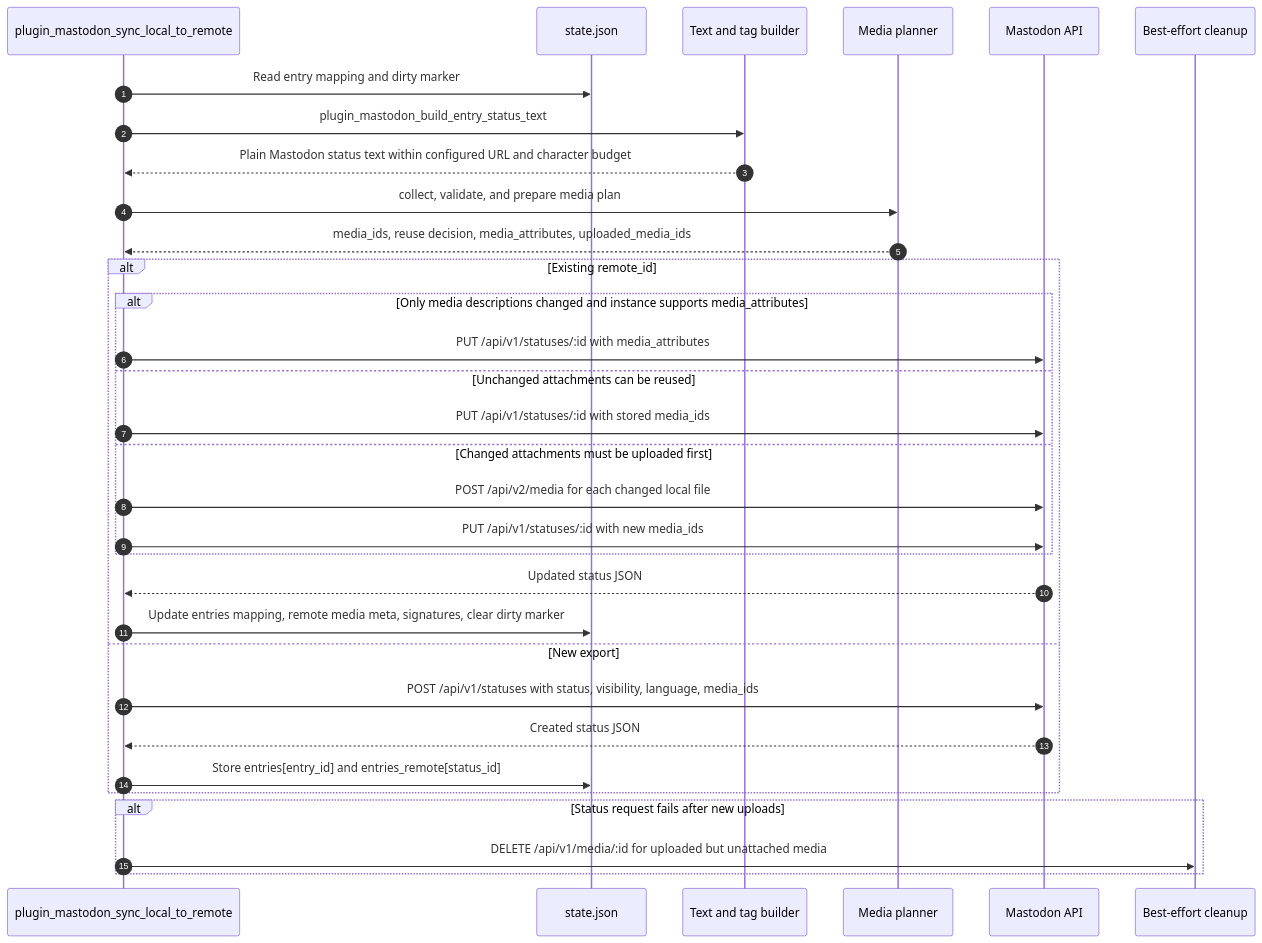
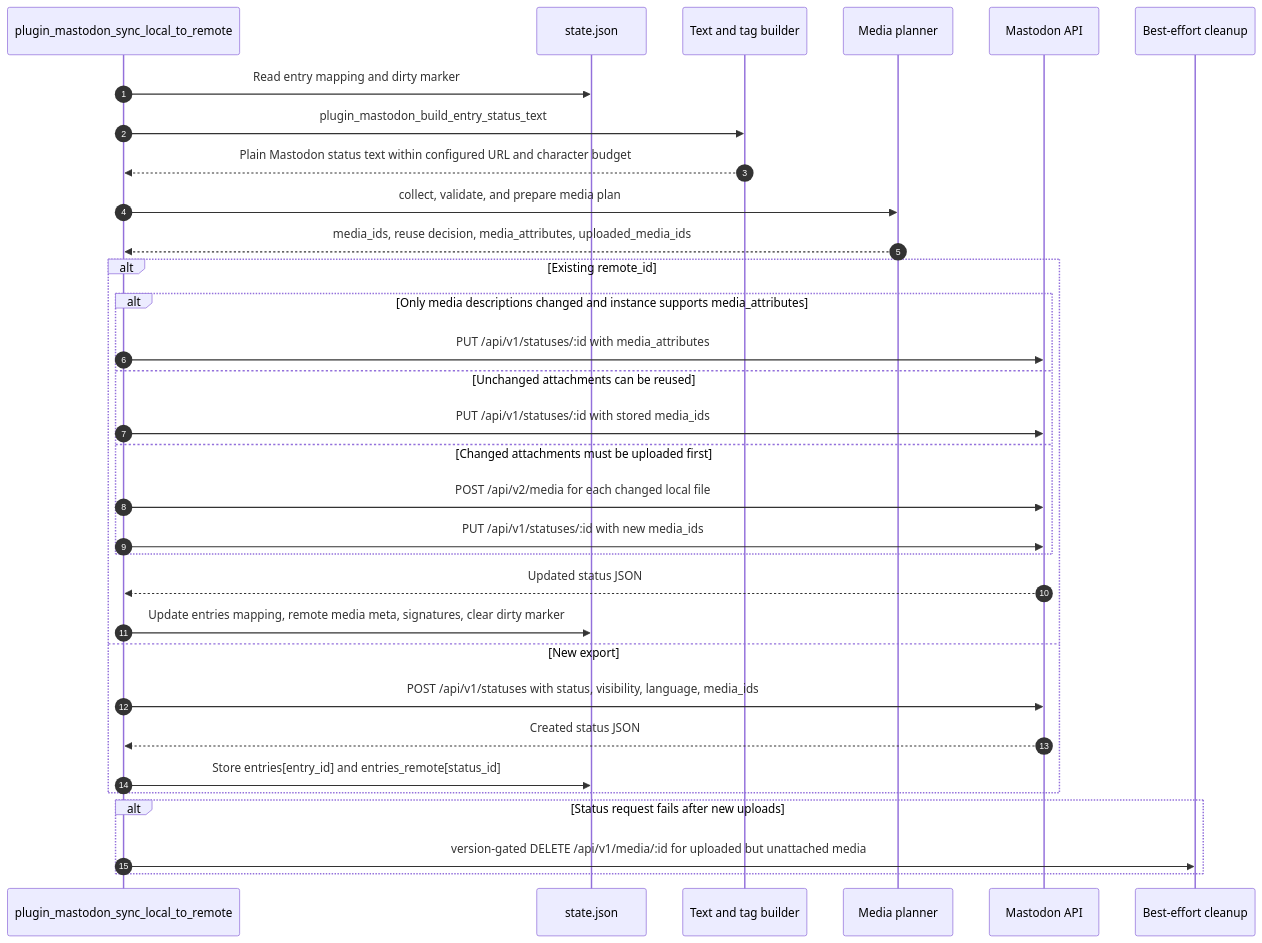
Before and after one commit to flatpressblog/flatpress: the eighth of 45 diagrams in fp-plugins/mastodon/developer-docs/06-Process-Flow.md, drawn with Mermaid. The commit also changed other lines of this file and 27 other files, not shown here.

````diff
--- a/fp-plugins/mastodon/developer-docs/06-Process-Flow.md
+++ b/fp-plugins/mastodon/developer-docs/06-Process-Flow.md
@@ -233,37 +282,37 @@
 ```mermaid
 sequenceDiagram
     autonumber
     participant Sync as plugin_mastodon_sync_local_to_remote
     participant State as state.json
     participant Text as Text and tag builder
     participant Media as Media planner
     participant API as Mastodon API
     participant Cleanup as Best-effort cleanup
 
     Sync->>State: Read entry mapping and dirty marker
     Sync->>Text: plugin_mastodon_build_entry_status_text
     Text-->>Sync: Plain Mastodon status text within configured URL and character budget
     Sync->>Media: collect, validate, and prepare media plan
     Media-->>Sync: media_ids, reuse decision, media_attributes, uploaded_media_ids
 
     alt Existing remote_id
         alt Only media descriptions changed and instance supports media_attributes
             Sync->>API: PUT /api/v1/statuses/:id with media_attributes
         else Unchanged attachments can be reused
             Sync->>API: PUT /api/v1/statuses/:id with stored media_ids
         else Changed attachments must be uploaded first
             Sync->>API: POST /api/v2/media for each changed local file
             Sync->>API: PUT /api/v1/statuses/:id with new media_ids
         end
         API-->>Sync: Updated status JSON
         Sync->>State: Update entries mapping, remote media meta, signatures, clear dirty marker
     else New export
         Sync->>API: POST /api/v1/statuses with status, visibility, language, media_ids
         API-->>Sync: Created status JSON
         Sync->>State: Store entries[entry_id] and entries_remote[status_id]
     end
 
     alt Status request fails after new uploads
-        Sync->>Cleanup: DELETE /api/v1/media/:id for uploaded but unattached media
+        Sync->>Cleanup: version-gated DELETE /api/v1/media/:id for uploaded but unattached media
     end
 ```
````
